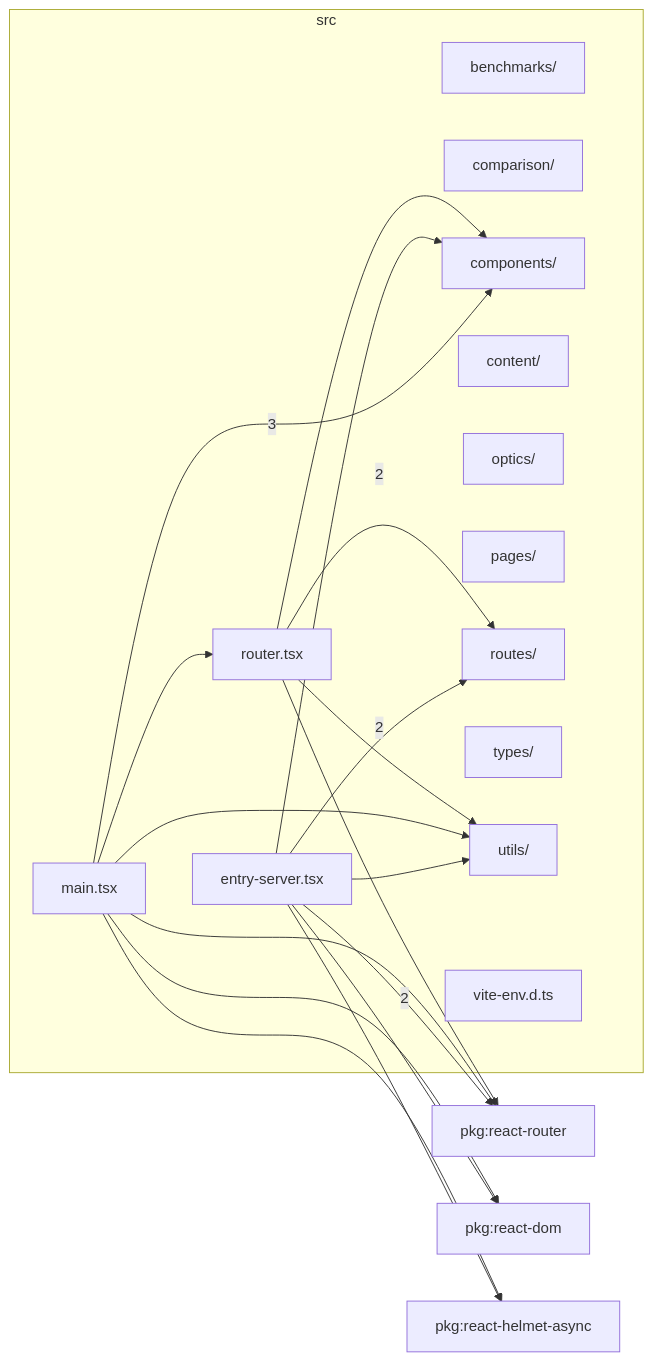
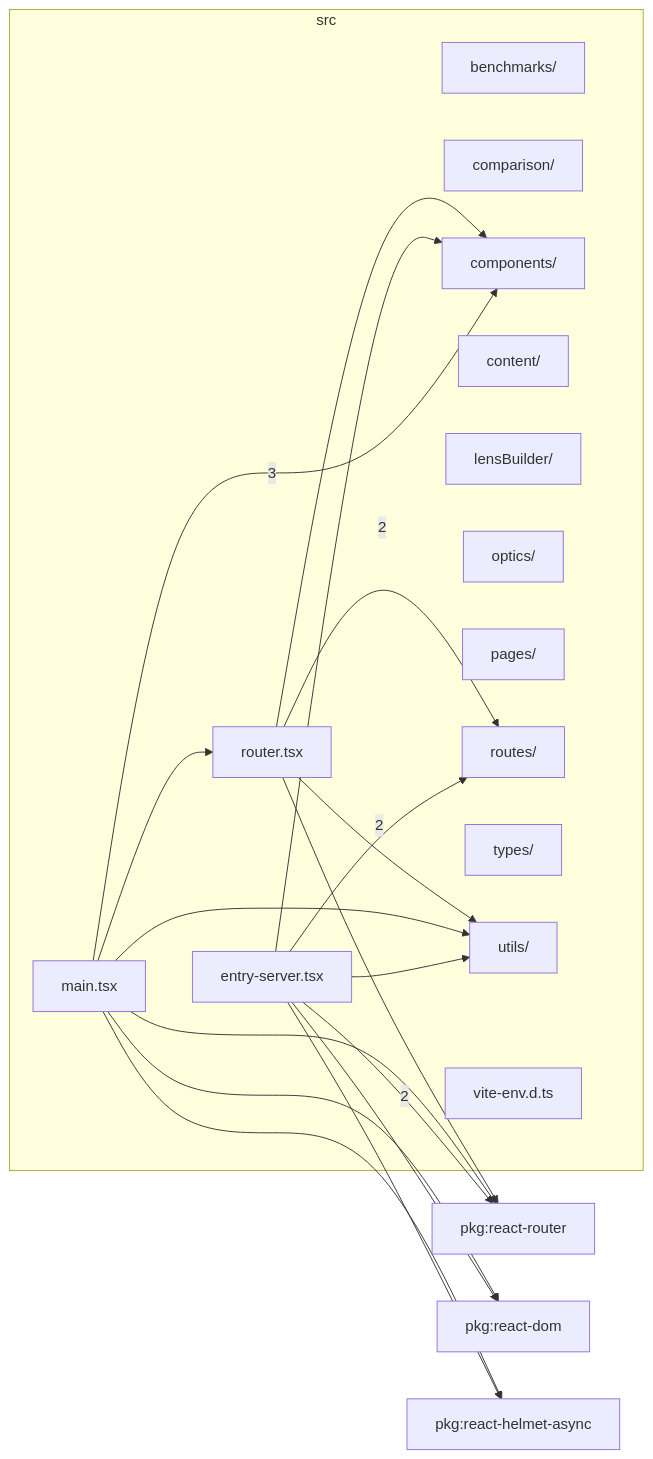
The diagram in src/readme.md (ronbuening/LensVisualizer), drawn with Mermaid before and after one commit. The commit also changed other lines of this file and 39 other files, not shown here.

First line of the commit message:
Add a flag-gated lens builder that exports lens data files

````diff
--- a/src/readme.md
+++ b/src/readme.md
@@ -9,37 +9,38 @@
 ```mermaid
 flowchart LR
   subgraph n_src["src"]
     n_src_src_benchmarks["benchmarks/"]
     n_src_src_comparison["comparison/"]
     n_src_src_components["components/"]
     n_src_src_content["content/"]
+    n_src_src_lensBuilder["lensBuilder/"]
     n_src_src_optics["optics/"]
     n_src_src_pages["pages/"]
     n_src_src_routes["routes/"]
     n_src_src_types["types/"]
     n_src_src_utils["utils/"]
     n_src_src_entry_server_tsx["entry-server.tsx"]
     n_src_src_main_tsx["main.tsx"]
     n_src_src_router_tsx["router.tsx"]
     n_src_src_vite_env_d_ts["vite-env.d.ts"]
   end
   n_external_pkg_react_router["pkg:react-router"]
   n_external_pkg_react_dom["pkg:react-dom"]
   n_external_pkg_react_helmet_async["pkg:react-helmet-async"]
   n_src_src_main_tsx --> |3| n_src_src_components
   n_src_src_entry_server_tsx --> |2| n_external_pkg_react_router
   n_src_src_entry_server_tsx --> |2| n_src_src_routes
   n_src_src_router_tsx --> |2| n_src_src_routes
   n_src_src_entry_server_tsx --> n_external_pkg_react_dom
   n_src_src_main_tsx --> n_external_pkg_react_dom
   n_src_src_entry_server_tsx --> n_external_pkg_react_helmet_async
   n_src_src_main_tsx --> n_external_pkg_react_helmet_async
   n_src_src_main_tsx --> n_external_pkg_react_router
   n_src_src_router_tsx --> n_external_pkg_react_router
   n_src_src_entry_server_tsx --> n_src_src_components
   n_src_src_router_tsx --> n_src_src_components
   n_src_src_main_tsx --> n_src_src_router_tsx
   n_src_src_entry_server_tsx --> n_src_src_utils
   n_src_src_main_tsx --> n_src_src_utils
   n_src_src_router_tsx --> n_src_src_utils
 ```
````
